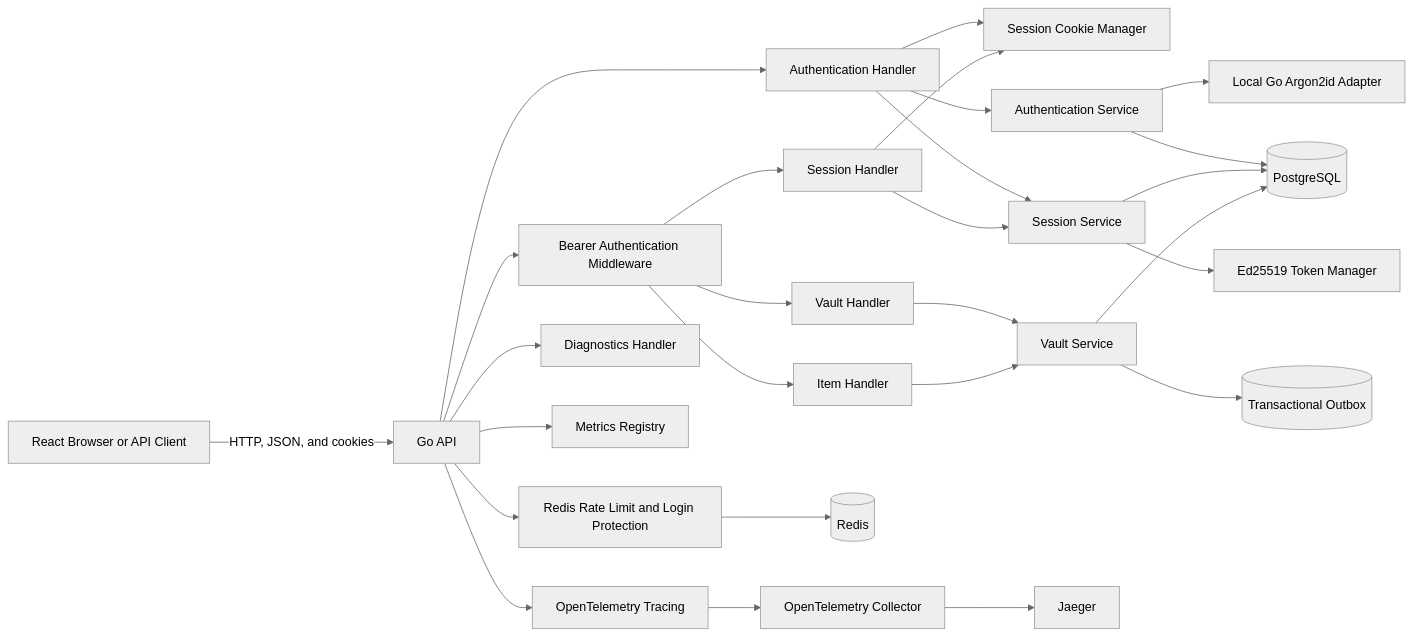
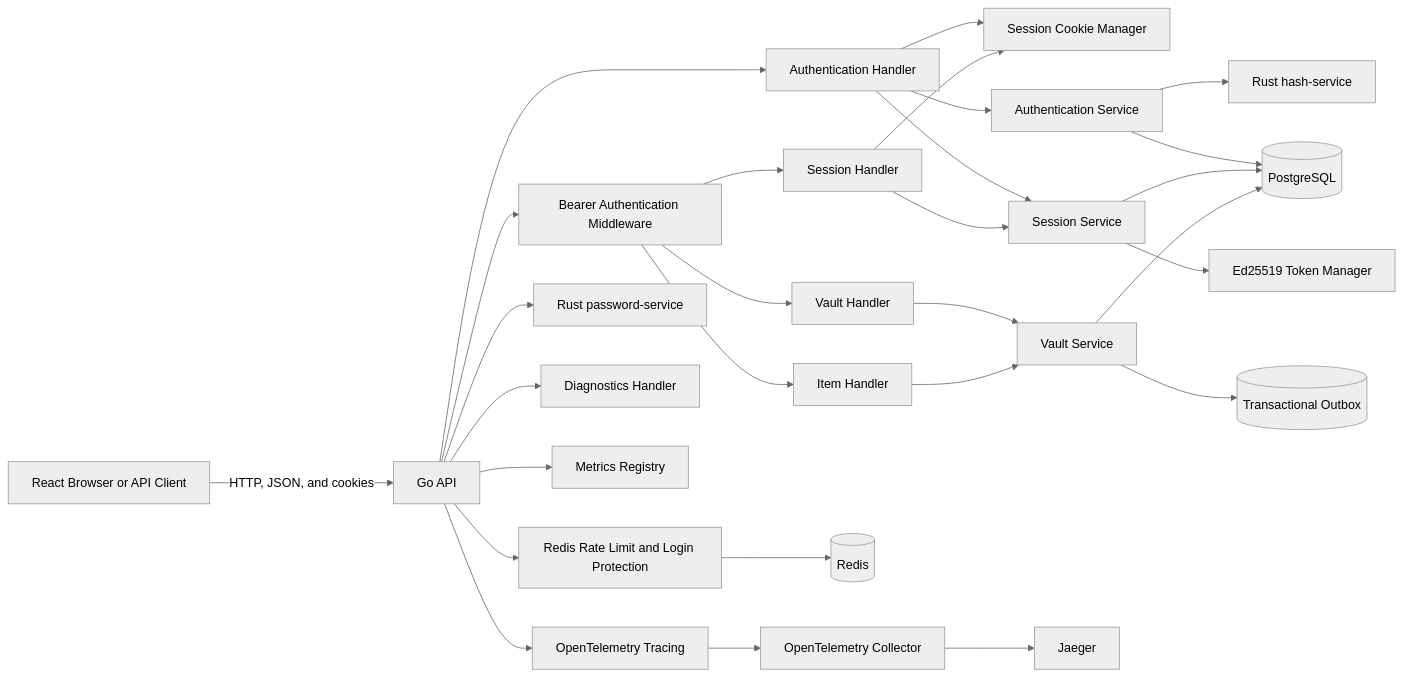
One commit to martinrgarciap/vaultforge changed the first of 7 diagrams in docs/architecture.md. Above: the diagram before and after it, drawn with Mermaid (neutral theme). The commit also changed other lines of this file and 3 other files, not shown here.

````diff
--- a/docs/architecture.md
+++ b/docs/architecture.md
@@ -20,52 +20,54 @@
 ```mermaid
 flowchart LR
     C[React Browser or API Client]
     A[Go API]
     AH[Authentication Handler]
     SC[Session Cookie Manager]
     SH[Session Handler]
     VH[Vault Handler]
     IH[Item Handler]
     M[Bearer Authentication Middleware]
     RL[Redis Rate Limit and Login Protection]
     AS[Authentication Service]
     SS[Session Service]
     VS[Vault Service]
-    H[Local Go Argon2id Adapter]
+    H[Rust hash-service]
+    PS[Rust password-service]
     T[Ed25519 Token Manager]
     P[(PostgreSQL)]
     R[(Redis)]
     O[(Transactional Outbox)]
     D[Diagnostics Handler]
     MX[Metrics Registry]
     TR[OpenTelemetry Tracing]
     OC[OpenTelemetry Collector]
     J[Jaeger]
 
     C -->|HTTP, JSON, and cookies| A
     A --> MX
     A --> TR
     TR --> OC
     OC --> J
     A --> D
     A --> AH
     A --> M
     A --> RL
     M --> SH
     M --> VH
     M --> IH
     AH --> SC
     SH --> SC
     AH --> AS
     AH --> SS
+    A --> PS
     SH --> SS
     VH --> VS
     IH --> VS
     AS --> H
     SS --> T
     AS --> P
     SS --> P
     VS --> P
     VS --> O
     RL --> R
 ```
````
